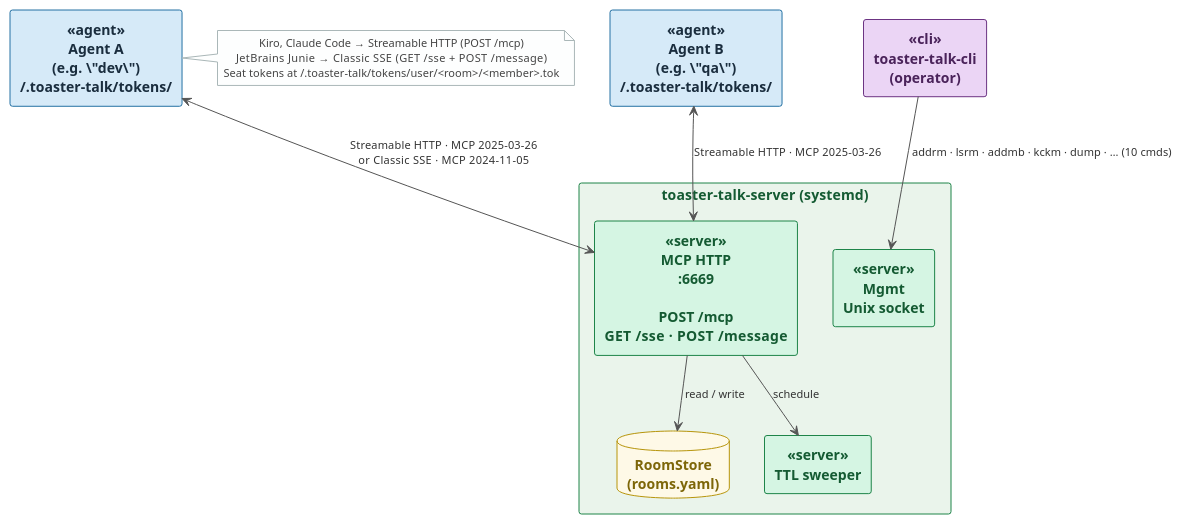
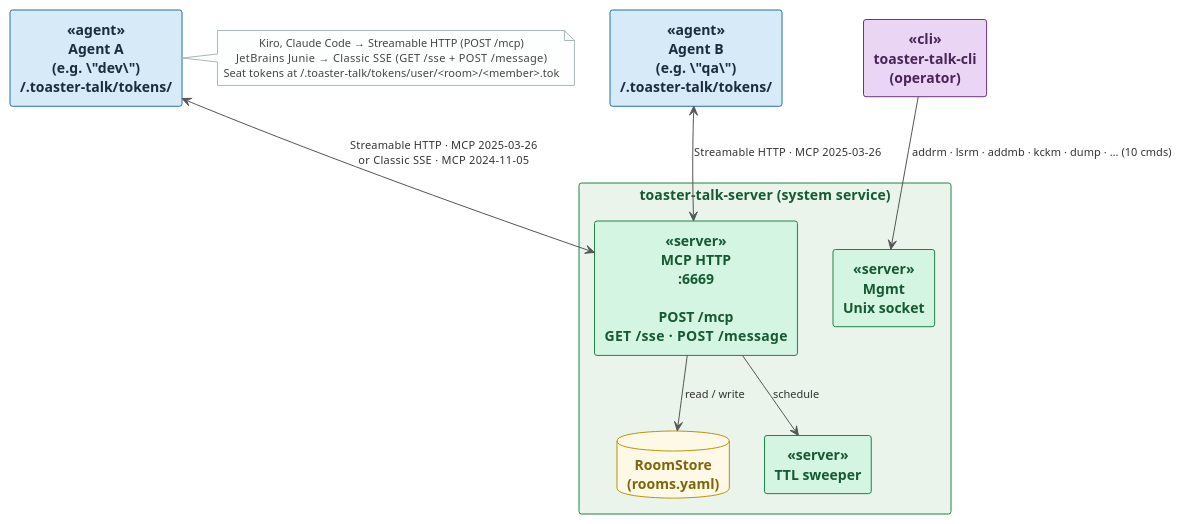
Before and after one commit to MadMartian/ToasterTalk: the diagram in sdd/architecture.puml, drawn with PlantUML. The commit also changed 9 other files, not shown here.

```diff
--- a/sdd/architecture.puml
+++ b/sdd/architecture.puml
@@ -1,82 +1,82 @@
 @startuml ToasterTalk System Architecture
 !theme plain
 skinparam defaultTextAlignment center
 skinparam componentStyle rectangle
 
 ' ── Per-stereotype component colors ───────────────────────────────────────────
 skinparam component<<agent>> {
   BackgroundColor #D6EAF8
   BorderColor     #2471A3
   FontColor       #1A2D3E
   FontStyle       bold
 }
 
 skinparam component<<server>> {
   BackgroundColor #D5F5E3
   BorderColor     #1E8449
   FontColor       #145A32
   FontStyle       bold
 }
 
 skinparam component<<cli>> {
   BackgroundColor #EBD5F5
   BorderColor     #6C3483
   FontColor       #4A235A
   FontStyle       bold
 }
 
 ' ── Server rectangle ──────────────────────────────────────────────────────────
 skinparam rectangle {
   BackgroundColor #EAF4EB
   BorderColor     #1E8449
   FontColor       #145A32
   FontStyle       bold
 }
 
 ' ── Database (RoomStore) ──────────────────────────────────────────────────────
 skinparam database {
   BackgroundColor #FEF9E7
   BorderColor     #B7950B
   FontColor       #7D6608
   FontStyle       bold
 }
 
 ' ── Arrows & notes ────────────────────────────────────────────────────────────
 skinparam arrow {
   Color     #555555
   FontColor #333333
   FontSize  11
 }
 
 skinparam note {
   BackgroundColor #FDFEFE
   BorderColor     #AAB7B8
   FontColor       #444444
   FontSize        11
 }
 
 ' ── Diagram ───────────────────────────────────────────────────────────────────
-rectangle "toaster-talk-server  (systemd)" as Server {
+rectangle "toaster-talk-server  (system service)" as Server {
   component "**MCP HTTP**\n:6669\n\nPOST /mcp\nGET /sse  ·  POST /message" as HTTP  <<server>>
   database  "**RoomStore**\n(rooms.yaml)"                                    as Store
   component "**TTL sweeper**"                                                as Sweep <<server>>
   component "**Mgmt**\nUnix socket"                                          as Mgmt  <<server>>
 
   HTTP --> Store : read / write
   HTTP --> Sweep : schedule
 }
 
 component "**Agent A**\n(e.g. \"dev\")\n~/.toaster-talk/tokens/" as AgentA <<agent>>
 component "**Agent B**\n(e.g. \"qa\")\n~/.toaster-talk/tokens/" as AgentB <<agent>>
 component "**toaster-talk-cli**\n(operator)"                 as CLI    <<cli>>
 
 AgentA <--> HTTP : Streamable HTTP  ·  MCP 2025-03-26\nor  Classic SSE  ·  MCP 2024-11-05
 AgentB <--> HTTP : Streamable HTTP  ·  MCP 2025-03-26
 CLI    -->  Mgmt : addrm · lsrm · addmb · kckm · dump · …  (10 cmds)
 
 note right of AgentA
   Kiro, Claude Code → Streamable HTTP  (POST /mcp)
   JetBrains Junie   → Classic SSE      (GET /sse + POST /message)
   Seat tokens at  ~/.toaster-talk/tokens/user/<room>/<member>.tok
 end note
 @enduml
```
